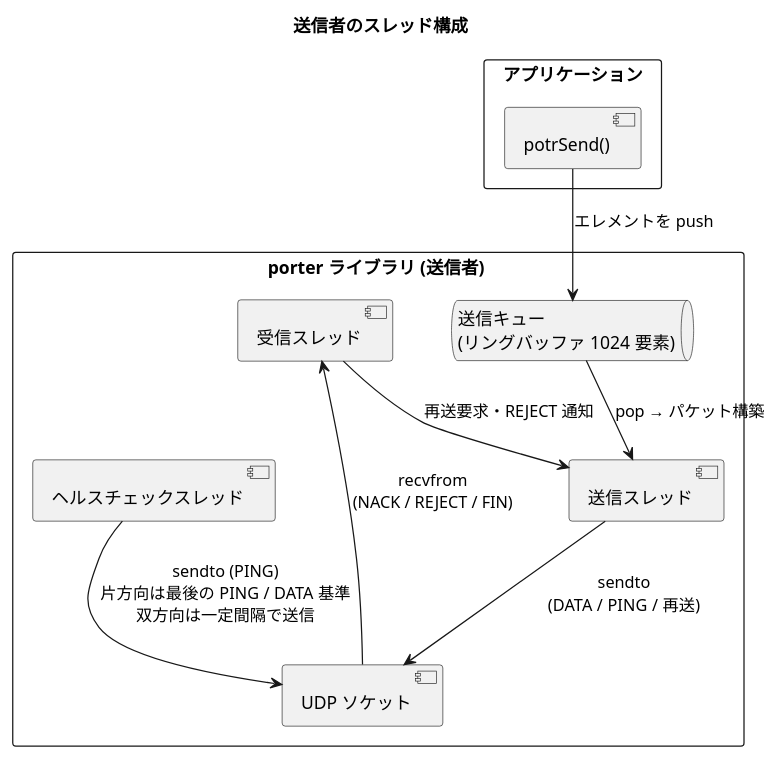
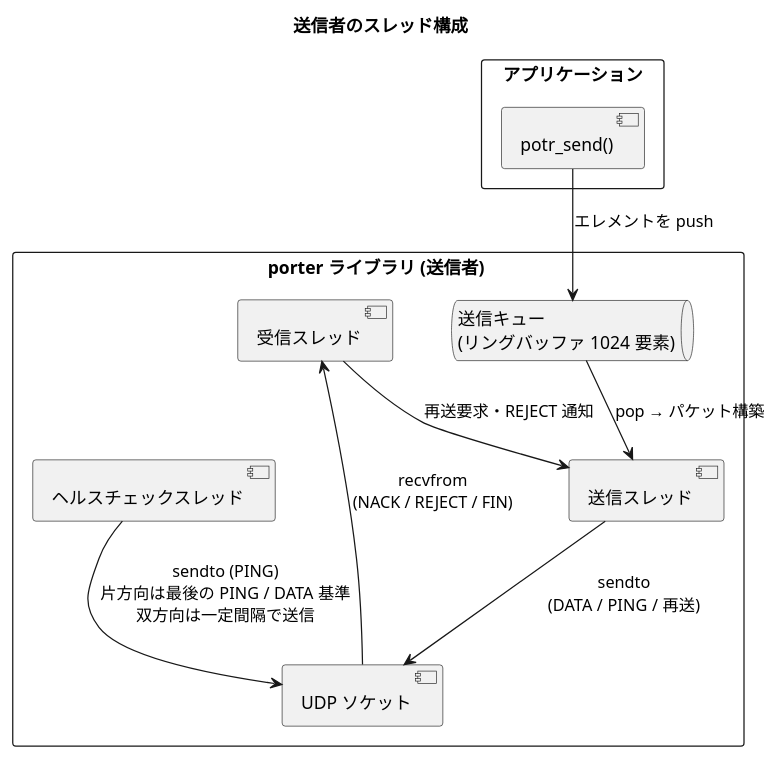
Before and after one commit to Hondarer/app_porter: the first of 6 diagrams in docs/architecture.md, drawn with PlantUML. The commit also changed other lines of this file and 148 other files, not shown here.

````diff
--- a/docs/architecture.md
+++ b/docs/architecture.md
@@ -49,24 +49,24 @@
 ```plantuml
 @startuml
 title 送信者のスレッド構成
 
 rectangle "アプリケーション" {
-  [potrSend()]
+  [potr_send()]
 }
 
 rectangle "porter ライブラリ (送信者) " {
   queue "送信キュー\n(リングバッファ 1024 要素)" as Q
   [送信スレッド] as ST
   [受信スレッド] as RT
   [ヘルスチェックスレッド] as HT
   [UDP ソケット] as SOCK
 }
 
-[potrSend()] --> Q : エレメントを push
+[potr_send()] --> Q : エレメントを push
 Q --> ST : pop → パケット構築
 ST --> SOCK : sendto\n(DATA / PING / 再送)
 RT <-- SOCK : recvfrom\n(NACK / REJECT / FIN)
 RT --> ST : 再送要求・REJECT 通知
 HT --> SOCK : sendto (PING)\n片方向は最後の PING / DATA 基準\n双方向は一定間隔で送信
 @enduml
 ```
````
